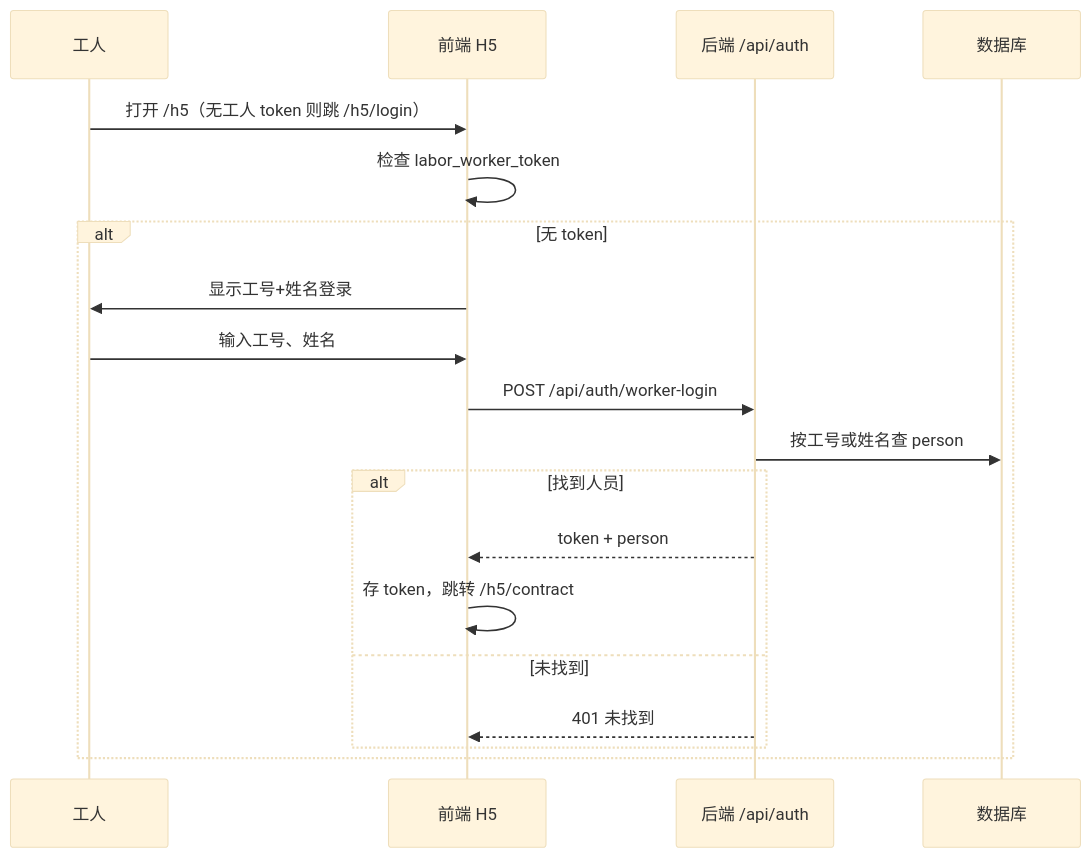
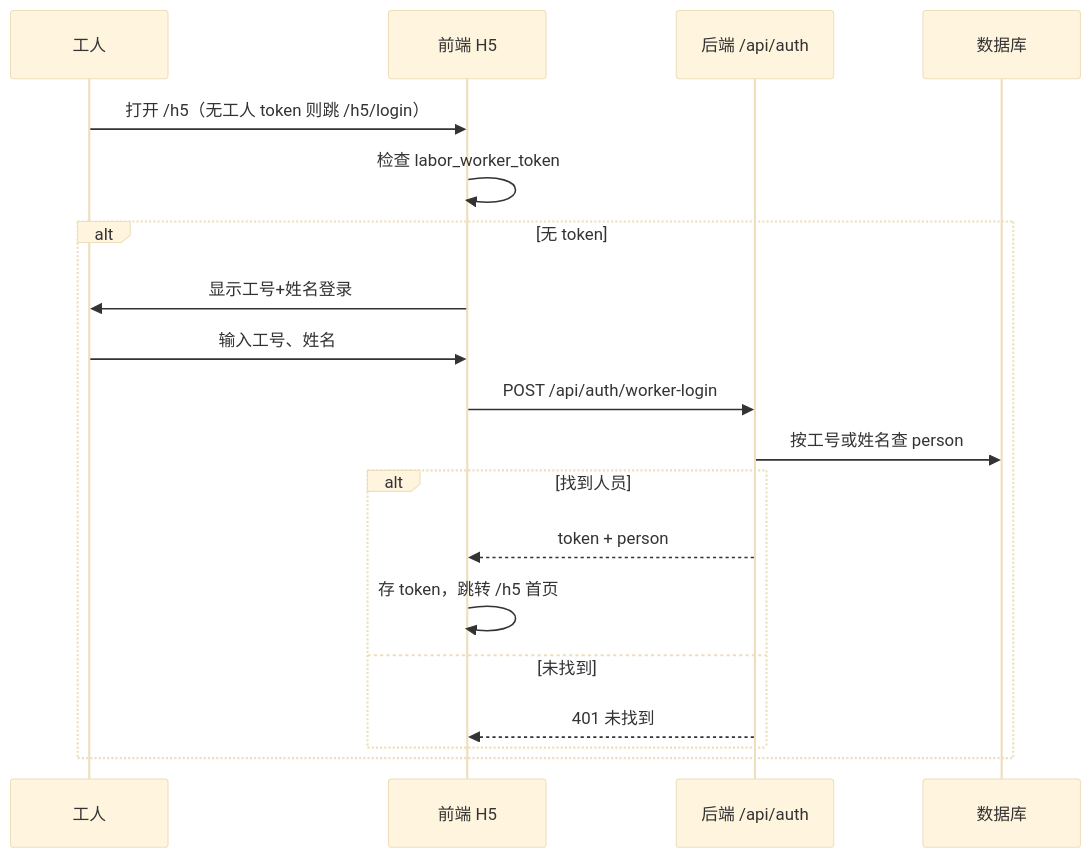
The third of 6 diagrams in 项目说明与架构.md (wanling131/Digital-Labor), drawn with Mermaid (base theme) before and after one commit. The commit also changed other lines of this file and 71 other files, not shown here.

````diff
--- a/项目说明与架构.md
+++ b/项目说明与架构.md
@@ -194,22 +178,22 @@
 ```mermaid
 sequenceDiagram
   participant W as 工人
   participant P as 前端 H5
   participant A as 后端 /api/auth
   participant D as 数据库
 
   W->>P: 打开 /h5（无工人 token 则跳 /h5/login）
   P->>P: 检查 labor_worker_token
   alt 无 token
     P->>W: 显示工号+姓名登录
     W->>P: 输入工号、姓名
     P->>A: POST /api/auth/worker-login
     A->>D: 按工号或姓名查 person
     alt 找到人员
       A-->>P: token + person
-      P->>P: 存 token，跳转 /h5/contract
+      P->>P: 存 token，跳转 /h5 首页
     else 未找到
       A-->>P: 401 未找到
     end
   end
 ```
````
